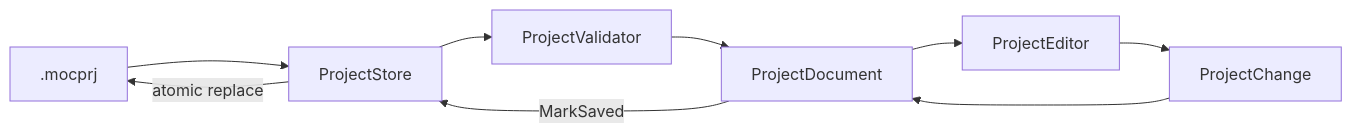
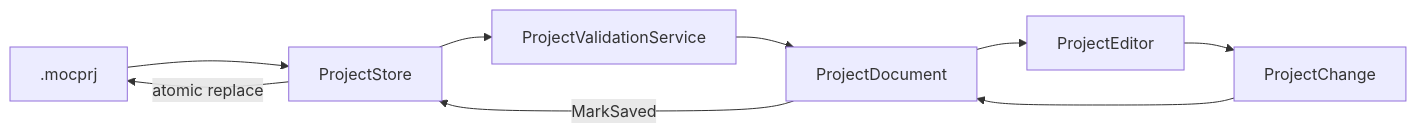
One commit to seb-eis/mocassin-2 changed the second of 2 diagrams in docs/development/architecture.md. Above: the diagram before and after it, drawn with Mermaid. The commit also changed other lines of this file and 26 other files, not shown here.

````diff
--- a/docs/development/architecture.md
+++ b/docs/development/architecture.md
@@ -54,11 +57,11 @@
 ```mermaid
 flowchart LR
   File[.mocprj] --> Store[ProjectStore]
-  Store --> Validate[ProjectValidator]
+  Store --> Validate[ProjectValidationService]
   Validate --> Document[ProjectDocument]
   Document --> Editor[ProjectEditor]
   Editor --> Change[ProjectChange]
   Change --> Document
   Document -->|MarkSaved| Store
   Store -->|atomic replace| File
 ```
````
